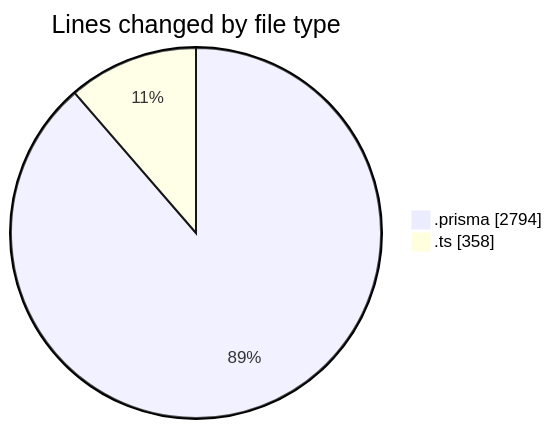
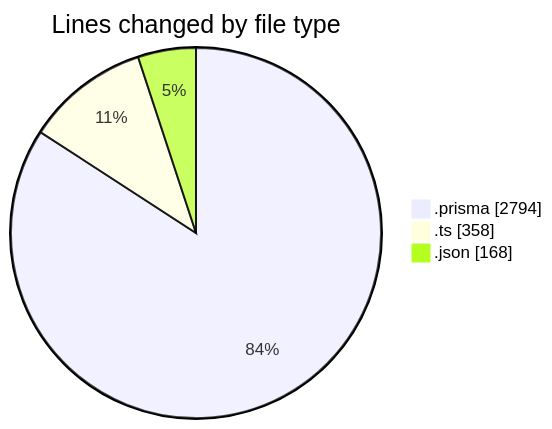
The first of 2 diagrams in 2025-05-01/ecodeli/README.md (CELIANVF/code-tracking), drawn with Mermaid before and after one commit. The commit also changed other lines of this file and 1 other file, not shown here.

````diff
--- a/2025-05-01/ecodeli/README.md
+++ b/2025-05-01/ecodeli/README.md
@@ -22,6 +23,7 @@
 ```mermaid
 pie showData
 title Lines changed by file type
 ".prisma" : 2794
 ".ts" : 358
+".json" : 168
 ```
````
